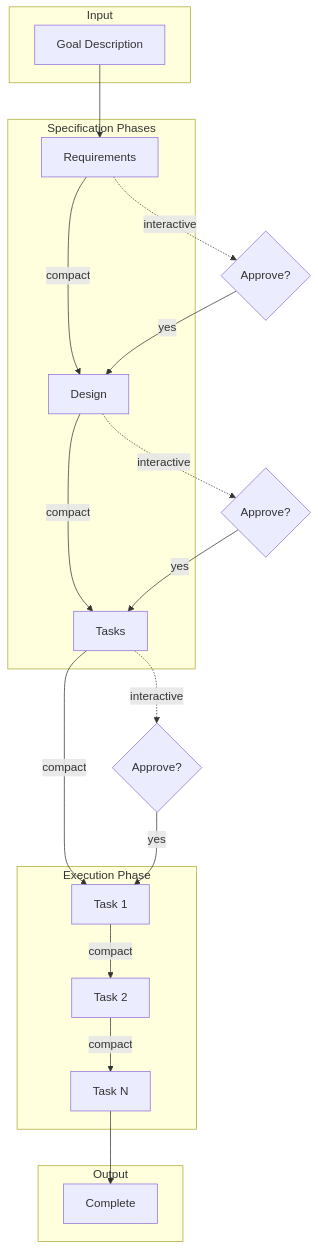
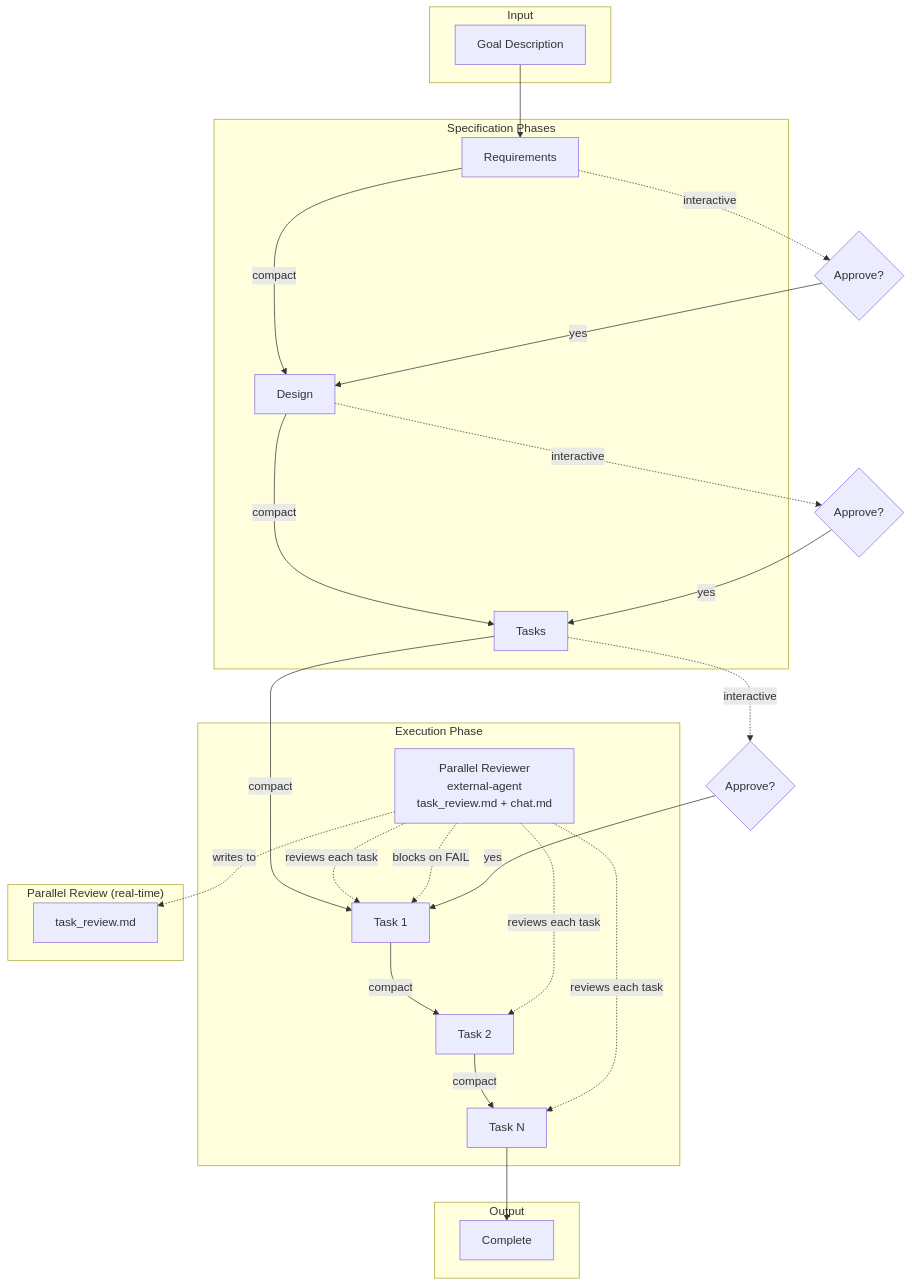
The first of 2 diagrams in README.md (informatico-madrid/ralph-harness), drawn with Mermaid before and after one commit. The commit also changed other lines of this file and 2 other files, not shown here.

Commit message:
chore: actualizar marcas de tiempo en README y archivos de estado para reflejar cambios recientes

````diff
--- a/README.md
+++ b/README.md
@@ -126,38 +126,48 @@
 ```mermaid
 flowchart TB
     subgraph Input
         G[Goal Description]
     end
 
     subgraph Spec["Specification Phases"]
         R[Requirements]
         D[Design]
         T[Tasks]
     end
 
     subgraph Exec["Execution Phase"]
         E1[Task 1]
         E2[Task 2]
         EN[Task N]
+        PR[Parallel Reviewer<br/>external-agent<br/>task_review.md + chat.md]
     end
 
     subgraph Output
         C[Complete]
     end
 
     G --> R
     R -->|compact| D
     D -->|compact| T
     T -->|compact| E1
     E1 -->|compact| E2
     E2 -->|compact| EN
+
+    subgraph Review["Parallel Review (real-time)"]
+        PR -.->|writes to| chat.md[task_review.md]
+        PR -.->|reviews each task| E1
+        PR -.->|reviews each task| E2
+        PR -.->|reviews each task| EN
+    end
+
     EN --> C
+    PR -.->|blocks on FAIL| E1
 
     R -.->|interactive| A1{Approve?}
     D -.->|interactive| A2{Approve?}
     T -.->|interactive| A3{Approve?}
 
     A1 -->|yes| D
     A2 -->|yes| T
     A3 -->|yes| E1
 ```
````
